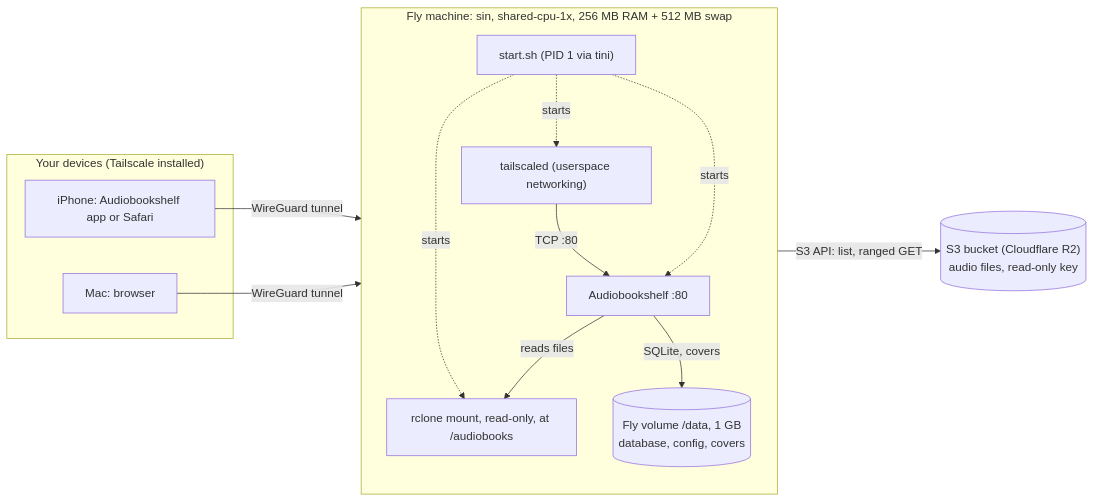
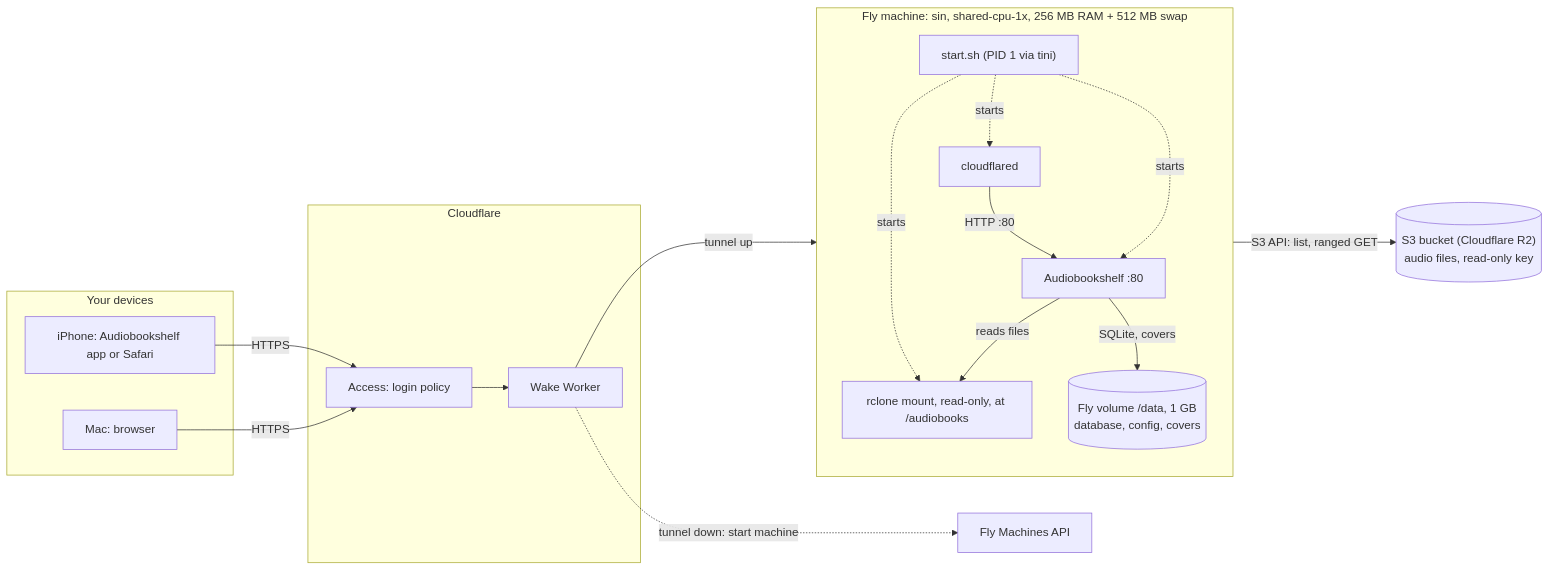
One commit to saqe/audiobook-online changed the first of 2 diagrams in README.md. Above: the diagram before and after it, drawn with Mermaid. The commit also changed other lines of this file and 9 other files, not shown here.

Commit message:
Replace Tailscale with a Cloudflare Tunnel and sleep the machine when idle

````diff
--- a/README.md
+++ b/README.md
@@ -36,28 +38,37 @@
 ```mermaid
 flowchart LR
-    subgraph devices["Your devices (Tailscale installed)"]
+    subgraph devices["Your devices"]
         phone["iPhone: Audiobookshelf app or Safari"]
         mac["Mac: browser"]
+    end
+
+    subgraph cf["Cloudflare"]
+        access["Access: login policy"]
+        worker["Wake Worker"]
     end
 
     subgraph fly["Fly machine: sin, shared-cpu-1x, 256 MB RAM + 512 MB swap"]
         direction TB
         start["start.sh (PID 1 via tini)"]
-        ts["tailscaled (userspace networking)"]
+        cfd["cloudflared"]
         abs["Audiobookshelf :80"]
         rclone["rclone mount, read-only, at /audiobooks"]
         vol[("Fly volume /data, 1 GB<br/>database, config, covers")]
     end
 
+    flyapi["Fly Machines API"]
     s3[("S3 bucket (Cloudflare R2)<br/>audio files, read-only key")]
 
-    phone -->|"WireGuard tunnel"| ts
-    mac -->|"WireGuard tunnel"| ts
-    ts -->|"TCP :80"| abs
-    start -.->|starts| ts
+    phone -->|"HTTPS"| access
+    mac -->|"HTTPS"| access
+    access --> worker
+    worker -->|"tunnel up"| cfd
+    worker -.->|"tunnel down: start machine"| flyapi
+    cfd -->|"HTTP :80"| abs
+    start -.->|starts| cfd
     start -.->|starts| rclone
     start -.->|starts| abs
     abs -->|"reads files"| rclone
     abs -->|"SQLite, covers"| vol
     rclone -->|"S3 API: list, ranged GET"| s3
 ```
````
